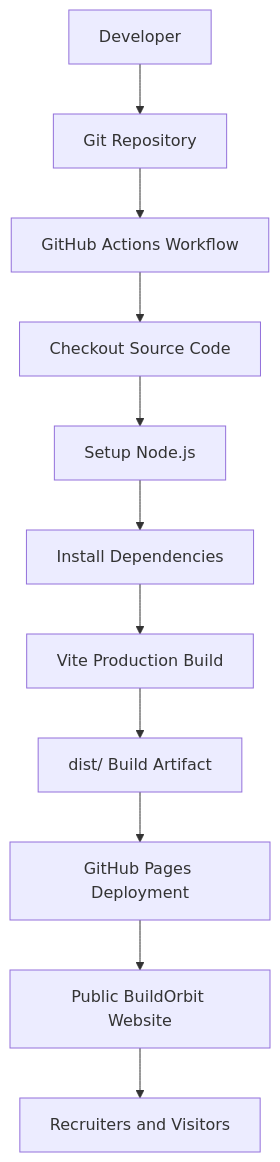
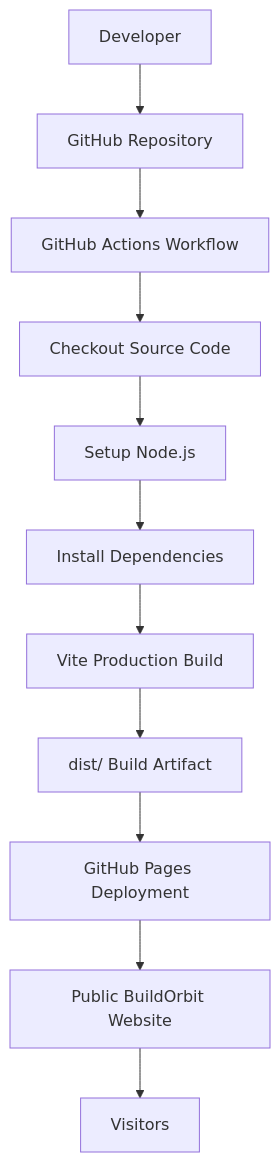
The second of 3 diagrams in README.md (GitWithKomal/BuildOrbit), drawn with Mermaid before and after one commit. The commit also changed other lines of this file, not shown here.

````diff
--- a/README.md
+++ b/README.md
@@ -54,15 +71,13 @@
 ```mermaid
 flowchart TD
-    A["Developer"] --> B["Git Repository"]
+    A["Developer"] --> B["GitHub Repository"]
     B --> C["GitHub Actions Workflow"]
-
     C --> D["Checkout Source Code"]
     D --> E["Setup Node.js"]
     E --> F["Install Dependencies"]
     F --> G["Vite Production Build"]
-
     G --> H["dist/ Build Artifact"]
     H --> I["GitHub Pages Deployment"]
     I --> J["Public BuildOrbit Website"]
-    J --> K["Recruiters and Visitors"]
+    J --> K["Visitors"]
 ```
````
